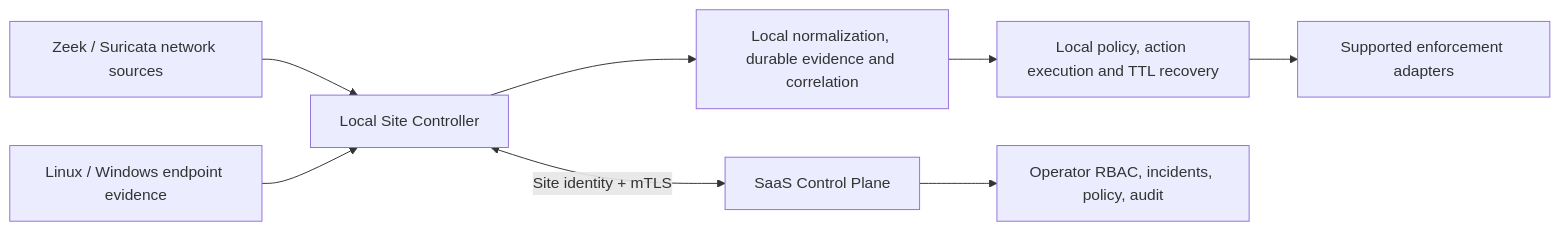
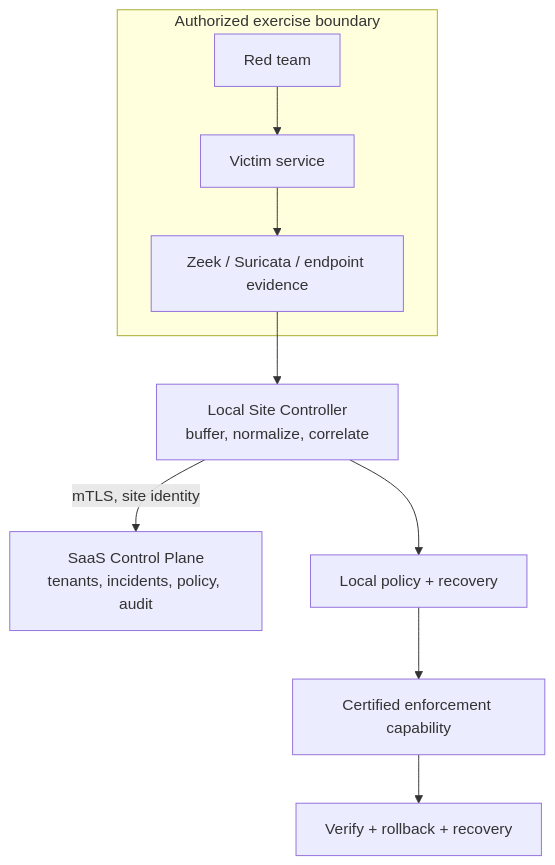
The second of 4 diagrams in docs/WORKFLOWS.md (Saitanveesh/1), drawn with Mermaid before and after one commit. The commit also changed other lines of this file and 18 other files, not shown here.

First line of the commit message:
docs: launch SERRATE adversary-simulation lab identity (#103)

````diff
--- a/docs/WORKFLOWS.md
+++ b/docs/WORKFLOWS.md
@@ -9,10 +25,12 @@
 ```mermaid
-flowchart LR
-  N["Zeek / Suricata network sources"] --> S["Local Site Controller"]
-  E["Linux / Windows endpoint evidence"] --> S
-  S --> P["Local normalization, durable evidence and correlation"]
-  P --> L["Local policy, action execution and TTL recovery"]
-  S <-->|"Site identity + mTLS"| C["SaaS Control Plane"]
-  C --> O["Operator RBAC, incidents, policy, audit"]
-  L --> X["Supported enforcement adapters"]
+flowchart TB
+  subgraph LAB["Authorized exercise boundary"]
+    RED["Red team"] --> VICTIM["Victim service"]
+    VICTIM --> SENSORS["Zeek / Suricata / endpoint evidence"]
+  end
+  SENSORS --> LOCAL["Local Site Controller<br/>buffer, normalize, correlate"]
+  LOCAL -->|"mTLS, site identity"| SAAS["SaaS Control Plane<br/>tenants, incidents, policy, audit"]
+  LOCAL --> POLICY["Local policy + recovery"]
+  POLICY --> EP["Certified enforcement capability"]
+  EP --> RESTORE["Verify + rollback + recovery"]
 ```
````
